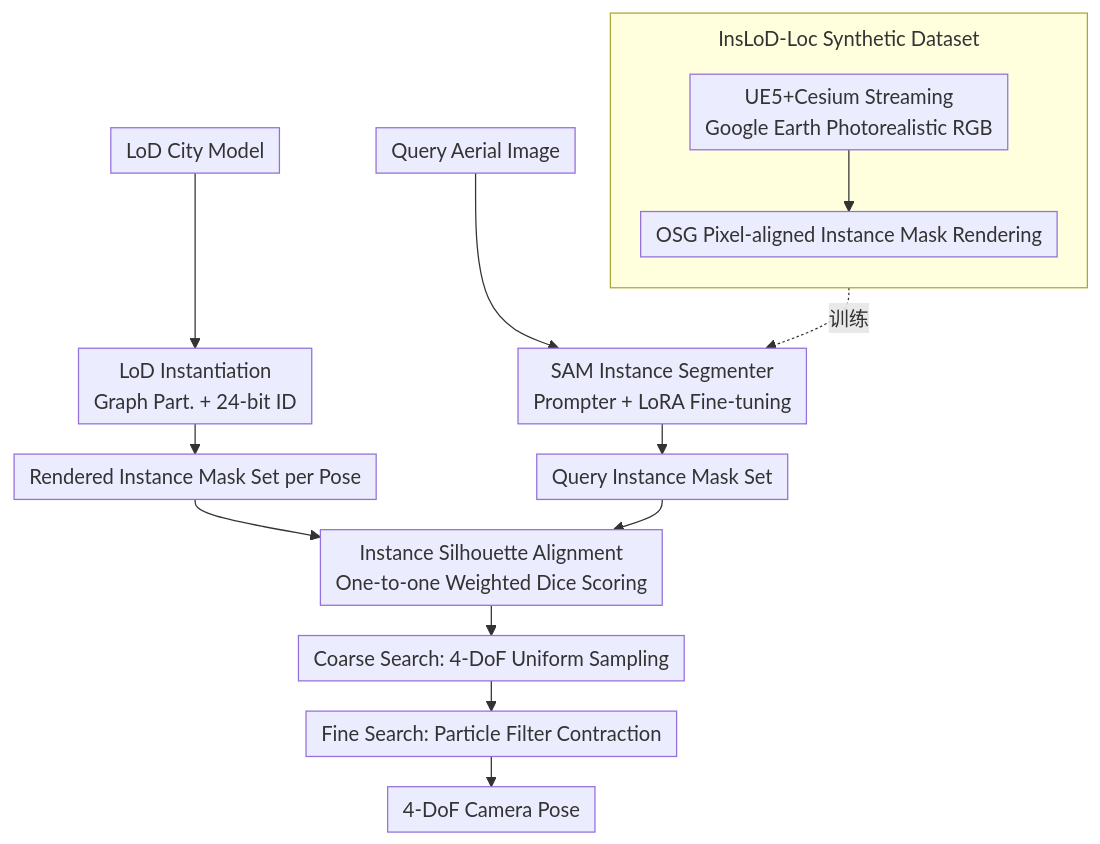
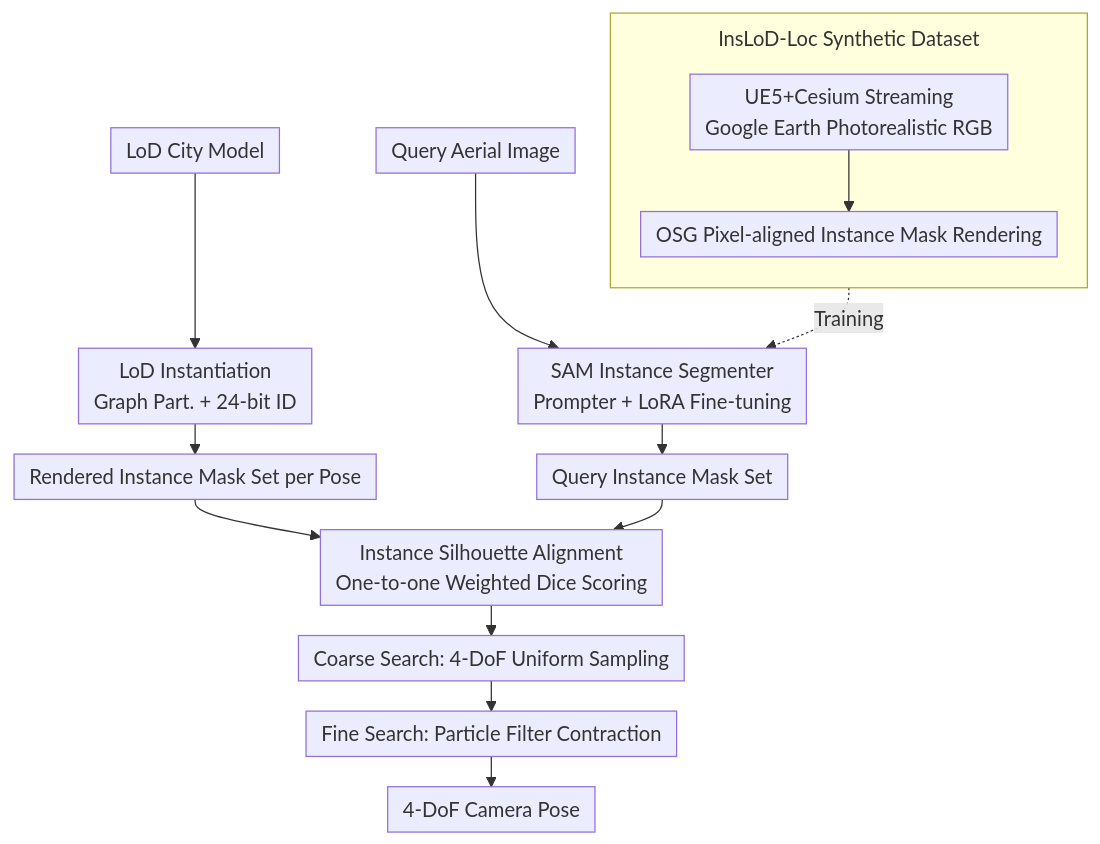
One commit to zhaoyang97/Paper-Notes-en changed the diagram in docs/CVPR2026/segmentation/lod-loc_v3_generalized_aerial_localization_in_dense_cities_using_instance_silhou.md. Above: the diagram before and after it, drawn with Mermaid. The commit also changed 644 other files, not shown here.

````diff
--- a/docs/CVPR2026/segmentation/lod-loc_v3_generalized_aerial_localization_in_dense_cities_using_instance_silhou.md
+++ b/docs/CVPR2026/segmentation/lod-loc_v3_generalized_aerial_localization_in_dense_cities_using_instance_silhou.md
@@ -44,18 +44,18 @@
 ```mermaid
 %%{init: {'flowchart': {'rankSpacing': 24, 'nodeSpacing': 28, 'padding': 6, 'wrappingWidth': 400, 'subGraphTitleMargin': {'top': 8, 'bottom': 16}}}}%%
 flowchart TD
     subgraph DATA["InsLoD-Loc Synthetic Dataset"]
         direction TB
         D1["UE5+Cesium Streaming<br/>Google Earth Photorealistic RGB"] --> D2["OSG Pixel-aligned Instance Mask Rendering"]
     end
     LOD["LoD City Model"] --> INST["LoD Instantiation<br/>Graph Part. + 24-bit ID"]
     INST --> RM["Rendered Instance Mask Set per Pose"]
     Q["Query Aerial Image"] --> SEG["SAM Instance Segmenter<br/>Prompter + LoRA Fine-tuning"]
-    DATA -.训练.-> SEG
+    DATA -.Training.-> SEG
     SEG --> QM["Query Instance Mask Set"]
     RM --> ALIGN["Instance Silhouette Alignment<br/>One-to-one Weighted Dice Scoring"]
     QM --> ALIGN
     ALIGN --> COARSE["Coarse Search: 4-DoF Uniform Sampling"]
     COARSE --> FINE["Fine Search: Particle Filter Contraction"]
     FINE --> OUT["4-DoF Camera Pose"]
 ```
````
